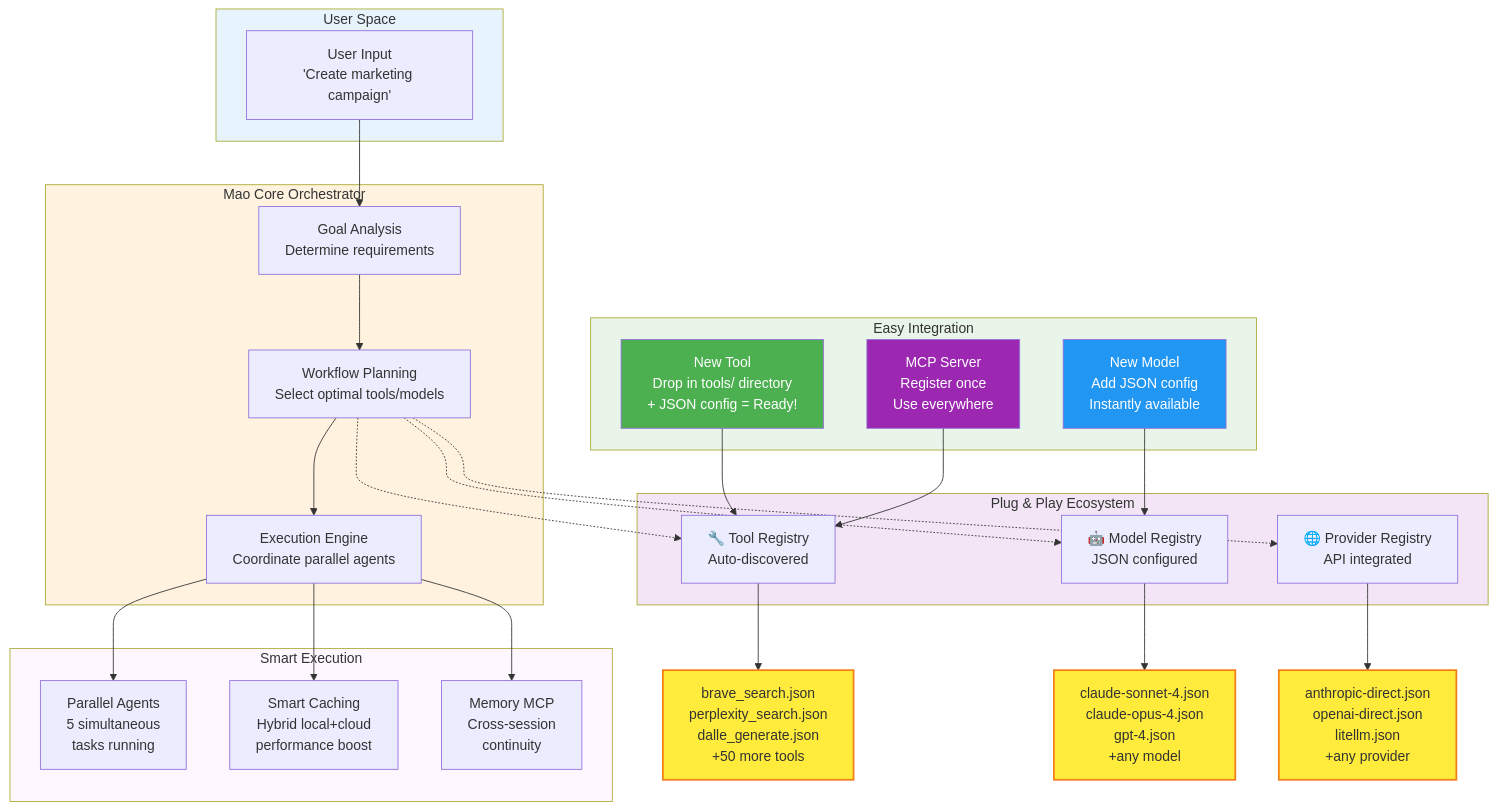
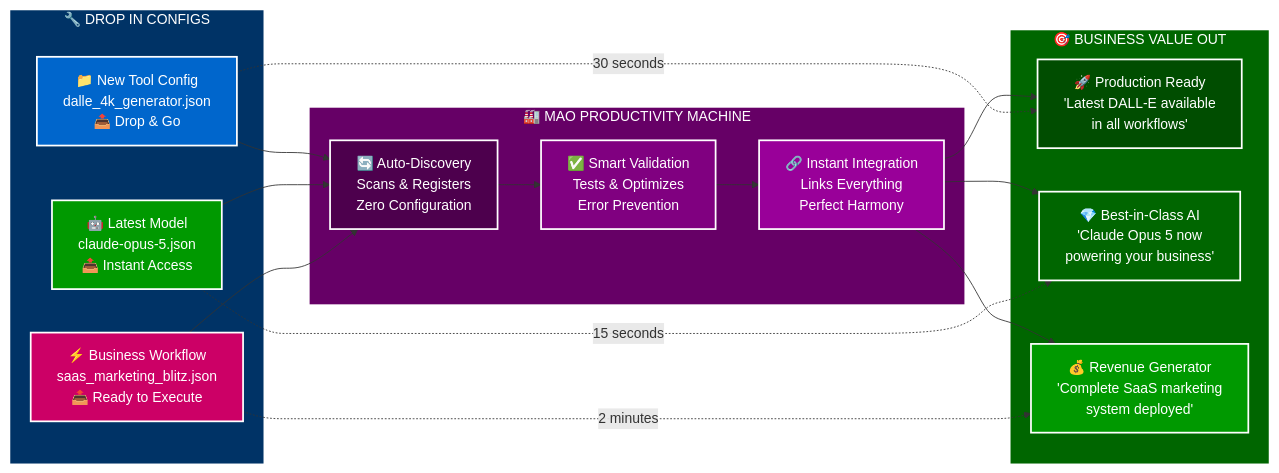
The first of 4 diagrams in promotions/visuals/diagrams/system_architecture.md (seanivore/modular-agent-orchestrator), drawn with Mermaid before and after one commit. The commit also changed other lines of this file and 2 other files, not shown here.

Commit message:
more legible, slight improvements

````diff
--- a/promotions/visuals/diagrams/system_architecture.md
+++ b/promotions/visuals/diagrams/system_architecture.md
@@ -6,65 +6,53 @@
 ```mermaid
-flowchart TD
-    subgraph USER_SPACE["User Space"]
-        USER["User Input<br/>'Create marketing campaign'"]
+flowchart LR
+    subgraph INPUT["🔧 DROP IN CONFIGS"]
+        NEW_TOOL["📁 New Tool Config<br/>dalle_4k_generator.json<br/>📤 Drop & Go"]
+        NEW_MODEL["🤖 Latest Model<br/>claude-opus-5.json<br/>📤 Instant Access"]
+        NEW_WORKFLOW["⚡ Business Workflow<br/>saas_marketing_blitz.json<br/>📤 Ready to Execute"]
     end
     
-    subgraph CORE["Mao Core Orchestrator"]
-        GOAL["Goal Analysis<br/>Determine requirements"]
-        PLAN["Workflow Planning<br/>Select optimal tools/models"]
-        EXECUTE["Execution Engine<br/>Coordinate parallel agents"]
+    subgraph MACHINE["🏭 MAO PRODUCTIVITY MACHINE"]
+        AUTO["🔄 Auto-Discovery<br/>Scans & Registers<br/>Zero Configuration"]
+        VALIDATE["✅ Smart Validation<br/>Tests & Optimizes<br/>Error Prevention"]
+        INTEGRATE["🔗 Instant Integration<br/>Links Everything<br/>Perfect Harmony"]
     end
     
-    subgraph PLUG_PLAY["Plug & Play Ecosystem"]
-        TOOLS["🔧 Tool Registry<br/>Auto-discovered"]
-        MODELS["🤖 Model Registry<br/>JSON configured"]
-        PROVIDERS["🌐 Provider Registry<br/>API integrated"]
+    subgraph OUTPUT["🎯 BUSINESS VALUE OUT"]
+        READY_TOOL["🚀 Production Ready<br/>'Latest DALL-E available<br/>in all workflows'"]
+        READY_MODEL["💎 Best-in-Class AI<br/>'Claude Opus 5 now<br/>powering your business'"]
+        READY_WORKFLOW["💰 Revenue Generator<br/>'Complete SaaS marketing<br/>system deployed'"]
     end
     
-    subgraph NEW_ADDITIONS["Easy Integration"]
-        NEW_TOOL["New Tool<br/>Drop in tools/ directory<br/>+ JSON config = Ready!"]
-        NEW_MODEL["New Model<br/>Add JSON config<br/>Instantly available"]
-        MCP_TOOL["MCP Server<br/>Register once<br/>Use everywhere"]
-    end
+    NEW_TOOL --> AUTO
+    NEW_MODEL --> AUTO  
+    NEW_WORKFLOW --> AUTO
     
-    subgraph EXECUTION["Smart Execution"]
-        PARALLEL["Parallel Agents<br/>5 simultaneous<br/>tasks running"]
-        CACHE["Smart Caching<br/>Hybrid local+cloud<br/>performance boost"]
-        MEMORY["Memory MCP<br/>Cross-session<br/>continuity"]
-    end
+    AUTO --> VALIDATE
+    VALIDATE --> INTEGRATE
     
-    USER --> GOAL
-    GOAL --> PLAN
-    PLAN --> EXECUTE
+    INTEGRATE --> READY_TOOL
+    INTEGRATE --> READY_MODEL
+    INTEGRATE --> READY_WORKFLOW
     
-    PLAN -.-> TOOLS
-    PLAN -.-> MODELS  
-    PLAN -.-> PROVIDERS
+    %% Magic transformation annotations
+    NEW_TOOL -.->|"30 seconds"| READY_TOOL
+    NEW_MODEL -.->|"15 seconds"| READY_MODEL
+    NEW_WORKFLOW -.->|"2 minutes"| READY_WORKFLOW
     
-    NEW_TOOL --> TOOLS
-    NEW_MODEL --> MODELS
-    MCP_TOOL --> TOOLS
+    %% Enhanced color scheme for better legibility
+    style INPUT fill:#003366,stroke:#ffffff,stroke-width:3px,color:#ffffff
+    style MACHINE fill:#660066,stroke:#ffffff,stroke-width:3px,color:#ffffff
+    style OUTPUT fill:#006600,stroke:#ffffff,stroke-width:3px,color:#ffffff
     
-    EXECUTE --> PARALLEL
-    EXECUTE --> CACHE
-    EXECUTE --> MEMORY
+    style NEW_TOOL fill:#0066cc,stroke:#ffffff,stroke-width:2px,color:#ffffff
+    style NEW_MODEL fill:#009900,stroke:#ffffff,stroke-width:2px,color:#ffffff
+    style NEW_WORKFLOW fill:#cc0066,stroke:#ffffff,stroke-width:2px,color:#ffffff
     
-    %% JSON Examples
-    TOOLS --> JSON1["brave_search.json<br/>perplexity_search.json<br/>dalle_generate.json<br/>+50 more tools"]
-    MODELS --> JSON2["claude-sonnet-4.json<br/>claude-opus-4.json<br/>gpt-4.json<br/>+any model"]
-    PROVIDERS --> JSON3["anthropic-direct.json<br/>openai-direct.json<br/>litellm.json<br/>+any provider"]
+    style AUTO fill:#4d004d,stroke:#ffffff,stroke-width:2px,color:#ffffff
+    style VALIDATE fill:#800080,stroke:#ffffff,stroke-width:2px,color:#ffffff
+    style INTEGRATE fill:#990099,stroke:#ffffff,stroke-width:2px,color:#ffffff
     
-    %% Styling for visual impact
-    style USER_SPACE fill:#e8f4fd
-    style CORE fill:#fff3e0
-    style PLUG_PLAY fill:#f3e5f5
-    style NEW_ADDITIONS fill:#e8f5e8
-    style EXECUTION fill:#fef7ff
-    
-    style NEW_TOOL fill:#4caf50,color:#ffffff
-    style NEW_MODEL fill:#2196f3,color:#ffffff
-    style MCP_TOOL fill:#9c27b0,color:#ffffff
-    
-    classDef jsonConfig fill:#ffeb3b,stroke:#f57f17,stroke-width:2px,color:#333333
-    class JSON1,JSON2,JSON3 jsonConfig
+    style READY_TOOL fill:#004d00,stroke:#ffffff,stroke-width:2px,color:#ffffff
+    style READY_MODEL fill:#006600,stroke:#ffffff,stroke-width:2px,color:#ffffff
+    style READY_WORKFLOW fill:#009900,stroke:#ffffff,stroke-width:2px,color:#ffffff
 ```
````
